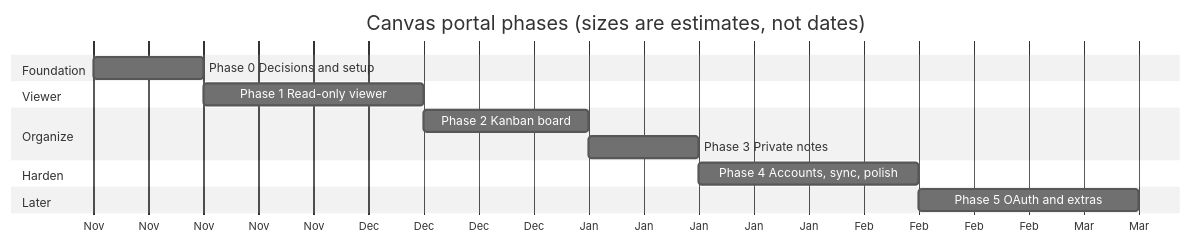
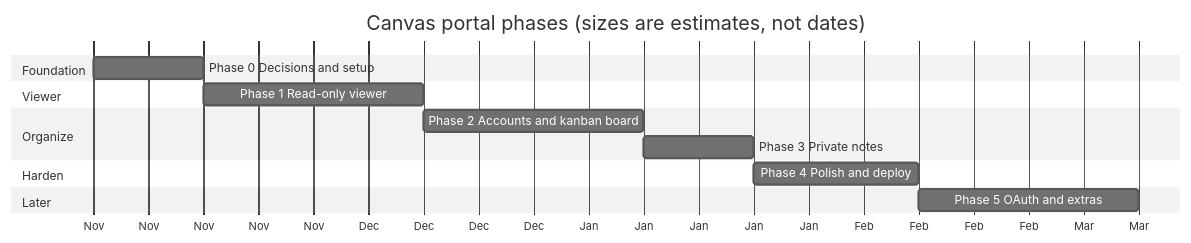
Before and after one commit to bbranton/TestProj: the diagram in docs/canvas-portal/01-roadmap.md, drawn with Mermaid (neutral theme). The commit also changed other lines of this file and 1 other file, not shown here.

````diff
--- a/docs/canvas-portal/01-roadmap.md
+++ b/docs/canvas-portal/01-roadmap.md
@@ -14,17 +14,17 @@
 ```mermaid
 gantt
     title Canvas portal phases (sizes are estimates, not dates)
     dateFormat  YYYY-MM-DD
     axisFormat  %b
     section Foundation
     Phase 0 Decisions and setup      :p0, 2026-11-01, 14d
     section Viewer
     Phase 1 Read-only viewer         :p1, after p0, 28d
     section Organize
-    Phase 2 Kanban board             :p2, after p1, 21d
+    Phase 2 Accounts and kanban board :p2, after p1, 28d
     Phase 3 Private notes            :p3, after p2, 14d
     section Harden
-    Phase 4 Accounts, sync, polish   :p4, after p3, 28d
+    Phase 4 Polish and deploy        :p4, after p3, 21d
     section Later
     Phase 5 OAuth and extras         :p5, after p4, 28d
 ```
````
